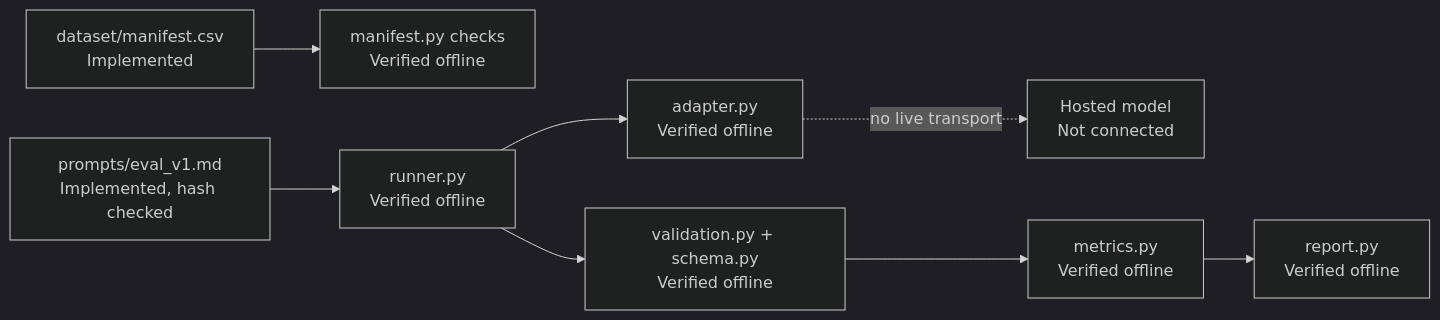
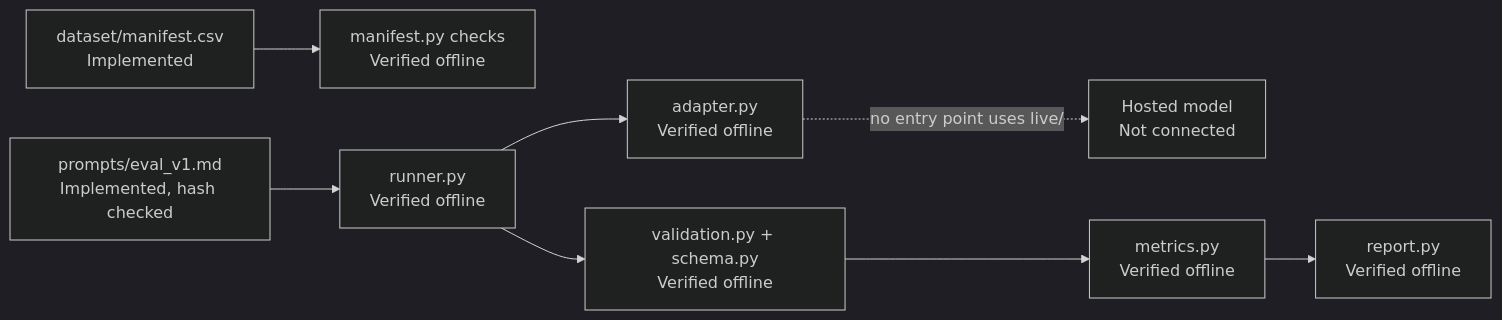
Before and after one commit to susmitaPersonal/PALEON: the second of 4 diagrams in docs/SYSTEM_ARCHITECTURE.md, drawn with Mermaid (dark theme). The commit also changed other lines of this file and 173 other files, not shown here.

````diff
--- a/docs/SYSTEM_ARCHITECTURE.md
+++ b/docs/SYSTEM_ARCHITECTURE.md
@@ -11,10 +45,10 @@
 ```mermaid
 flowchart LR
     Manifest["dataset/manifest.csv<br/>Implemented"] --> Check["manifest.py checks<br/>Verified offline"]
     Prompt["prompts/eval_v1.md<br/>Implemented, hash checked"] --> Runner["runner.py<br/>Verified offline"]
     Runner --> Adapter["adapter.py<br/>Verified offline"]
-    Adapter -.->|"no live transport"| Provider["Hosted model<br/>Not connected"]
+    Adapter -.->|"no entry point uses live/"| Provider["Hosted model<br/>Not connected"]
     Runner --> Validate["validation.py + schema.py<br/>Verified offline"]
     Validate --> Metrics["metrics.py<br/>Verified offline"]
     Metrics --> Report["report.py<br/>Verified offline"]
 ```
````
